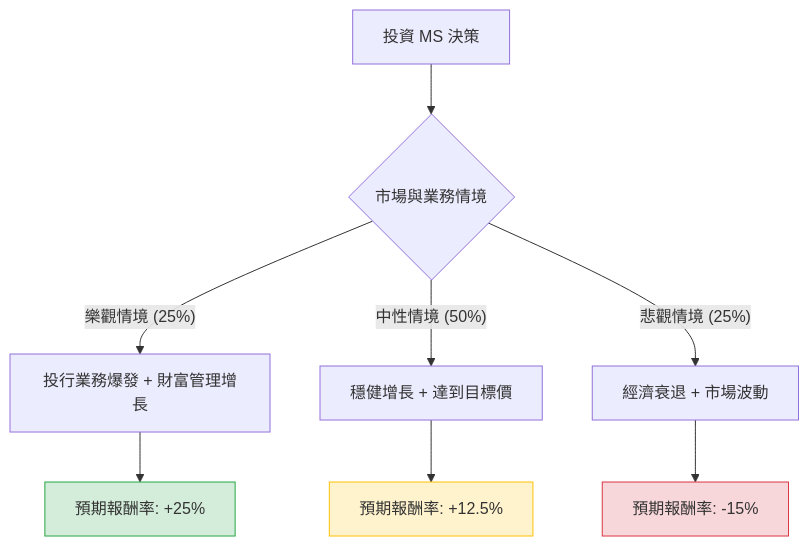
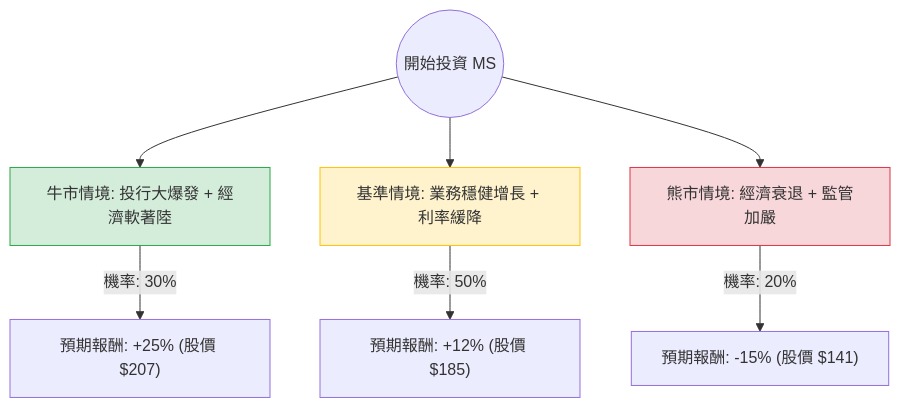
The diagram in plugin-react/ai-analysis/ev-analysis/MS.md (zmcx16/zmcx16.github.io), drawn with Mermaid before and after one commit. The commit also changed other lines of this file and 73 other files, not shown here.

````diff
--- a/plugin-react/ai-analysis/ev-analysis/MS.md
+++ b/plugin-react/ai-analysis/ev-analysis/MS.md
@@ -20,16 +20,14 @@
 ```mermaid
 graph TD
-    A[投資 MS 決策] --> B{市場與業務情境}
-    
-    B -- 樂觀情境 (25%) --> C[投行業務爆發 + 財富管理增長]
-    B -- 中性情境 (50%) --> D[穩健增長 + 達到目標價]
-    B -- 悲觀情境 (25%) --> E[經濟衰退 + 市場波動]
+    Start((開始投資 MS)) --> Bull[牛市情境: 投行大爆發 + 經濟軟著陸]
+    Start --> Base[基準情境: 業務穩健增長 + 利率緩降]
+    Start --> Bear[熊市情境: 經濟衰退 + 監管加嚴]
 
-    C --> C1[預期報酬率: +25%]
-    D --> D1[預期報酬率: +12.5%]
-    E --> E1[預期報酬率: -15%]
+    Bull -- "機率: 30%" --> BullResult["預期報酬: +25% (股價 $207)"]
+    Base -- "機率: 50%" --> BaseResult["預期報酬: +12% (股價 $185)"]
+    Bear -- "機率: 20%" --> BearResult["預期報酬: -15% (股價 $141)"]
 
-    style C1 fill:#d4edda,stroke:#28a745
-    style D1 fill:#fff3cd,stroke:#ffc107
-    style E1 fill:#f8d7da,stroke:#dc3545
+    style Bull fill:#d4edda,stroke:#28a745
+    style Base fill:#fff3cd,stroke:#ffc107
+    style Bear fill:#f8d7da,stroke:#dc3545
 ```
````
